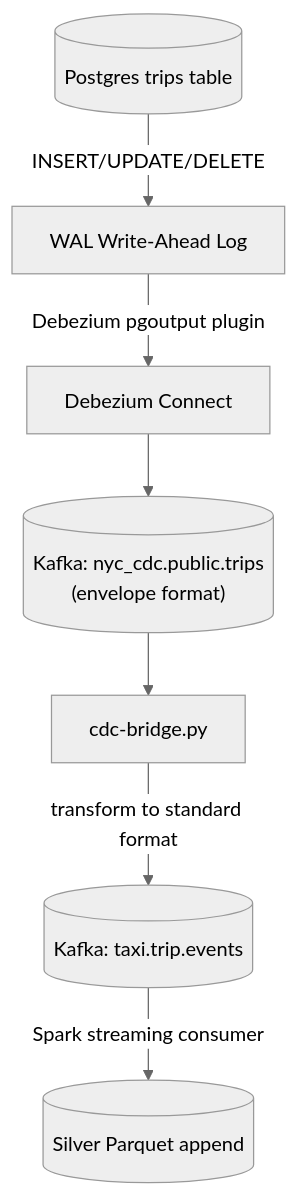
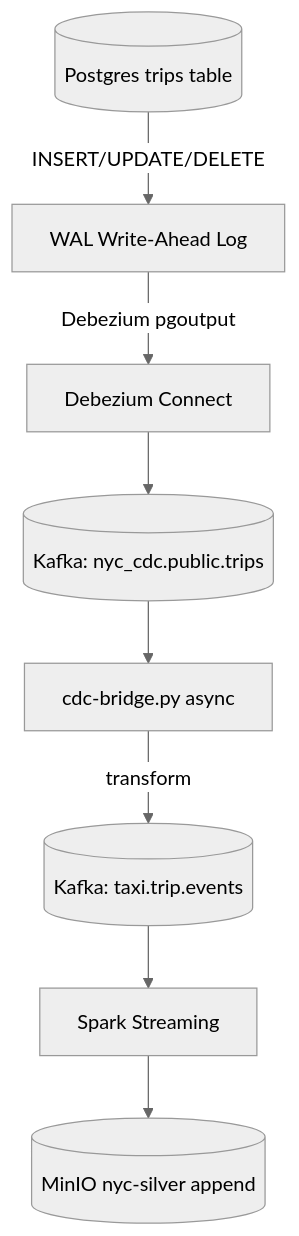
The eighth of 8 diagrams in workflow.md (DawieMalmsteel/nyc_new), drawn with Mermaid (neutral theme) before and after one commit. The commit also changed other lines of this file, not shown here.

Commit message:
Update workflow.md: MinIO S3 default, K8s port-forward, 7 datasets

````diff
--- a/workflow.md
+++ b/workflow.md
@@ -365,9 +369,10 @@
 ```mermaid
 flowchart TD
     PG[("Postgres trips table")] -->|INSERT/UPDATE/DELETE| WAL[WAL Write-Ahead Log]
-    WAL -->|Debezium pgoutput plugin| DEBEZIUM[Debezium Connect]
-    DEBEZIUM --> KAFKA_CDC[("Kafka: nyc_cdc.public.trips<br/>(envelope format)")]
-    KAFKA_CDC --> BRIDGE[cdc-bridge.py]
-    BRIDGE -->|transform to standard format| KAFKA_EVENTS[("Kafka: taxi.trip.events")]
-    KAFKA_EVENTS -->|Spark streaming consumer| SILVER[("Silver Parquet append")]
+    WAL -->|Debezium pgoutput| DEBEZIUM[Debezium Connect]
+    DEBEZIUM --> KAFKA_CDC[("Kafka: nyc_cdc.public.trips")]
+    KAFKA_CDC --> BRIDGE[cdc-bridge.py async]
+    BRIDGE -->|transform| KAFKA_EVENTS[("Kafka: taxi.trip.events")]
+    KAFKA_EVENTS --> SS[Spark Streaming]
+    SS --> SILVER[("MinIO nyc-silver append")]
 ```
````
